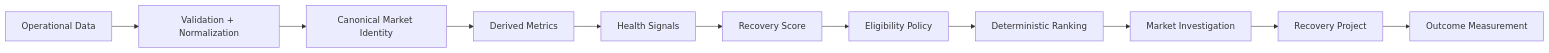
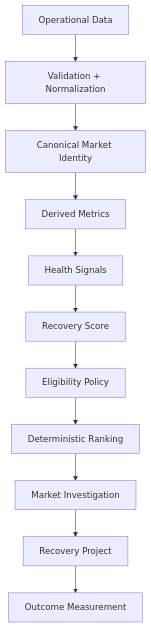
Before and after one commit to kaseypelchy-ops/README: the first of 2 diagrams in README.md, drawn with Mermaid. The commit also changed other lines of this file, not shown here.

````diff
--- a/README.md
+++ b/README.md
@@ -53,13 +62,13 @@
 ```mermaid
-flowchart LR
+flowchart TD
     A[Operational Data] --> B[Validation + Normalization]
     B --> C[Canonical Market Identity]
     C --> D[Derived Metrics]
     D --> E[Health Signals]
     E --> F[Recovery Score]
     F --> G[Eligibility Policy]
     G --> H[Deterministic Ranking]
     H --> I[Market Investigation]
     I --> J[Recovery Project]
     J --> K[Outcome Measurement]
 ```
````
